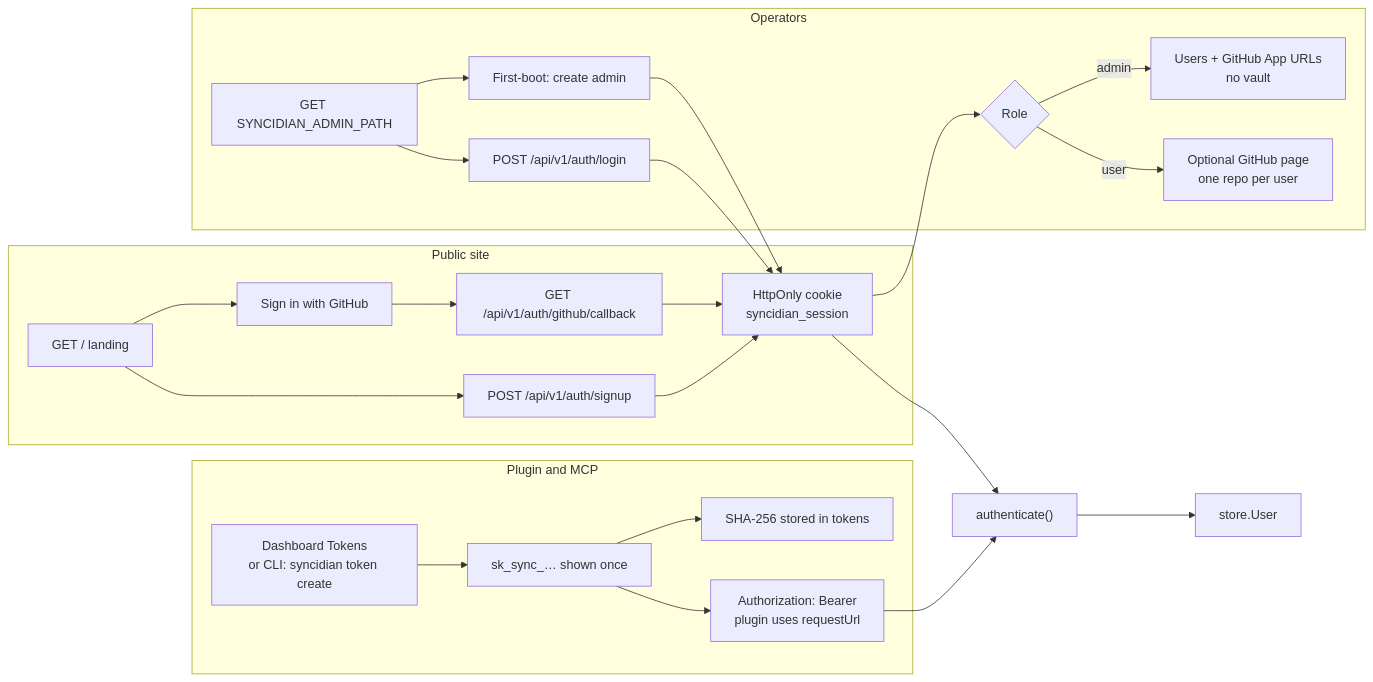
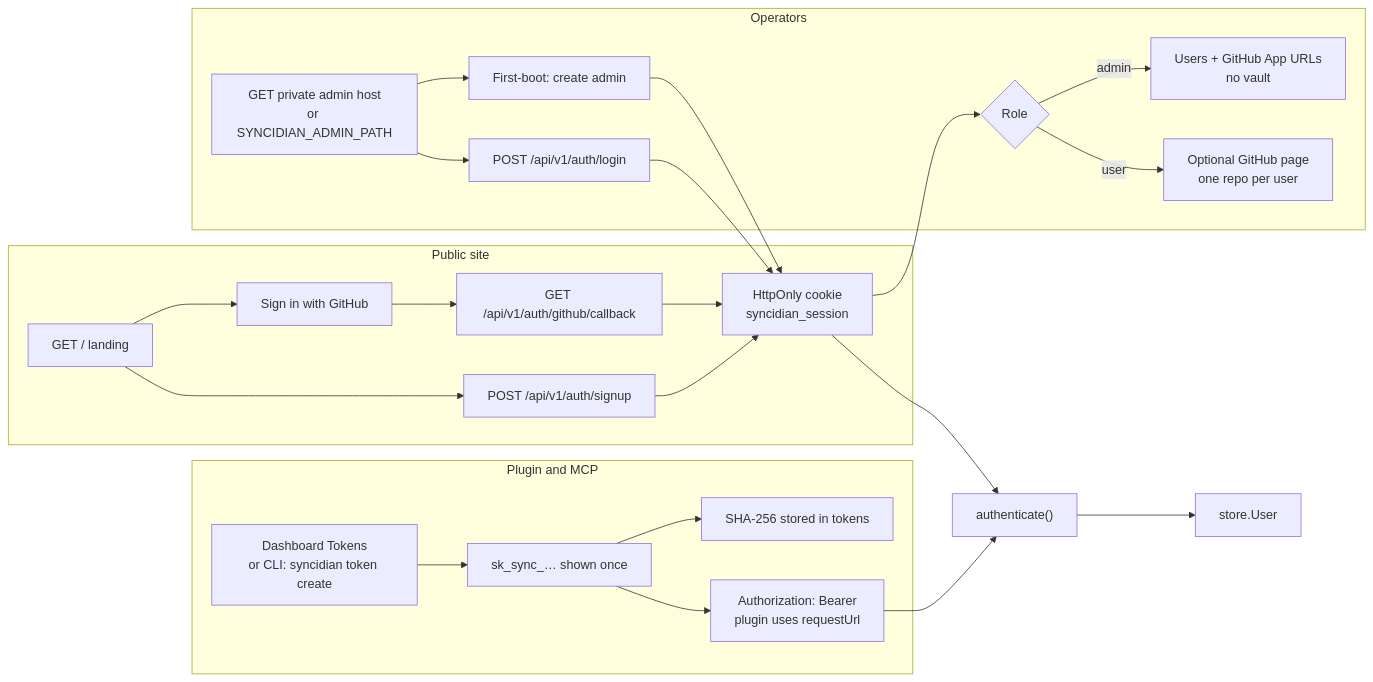
The ninth of 13 diagrams in docs/architecture.md (shangeethsivan/Syncidian), drawn with Mermaid before and after one commit. The commit also changed other lines of this file and 19 other files, not shown here.

First line of the commit message:
Hide admin.syncidian.com on Tailscale and stop binding 0.0.0.0.

````diff
--- a/docs/architecture.md
+++ b/docs/architecture.md
@@ -320,30 +320,30 @@
 ```mermaid
 flowchart LR
   subgraph site [Public site]
     Land["GET / landing"] --> GitHub["Sign in with GitHub"]
     Land --> Email["POST /api/v1/auth/signup"]
     GitHub --> Callback["GET /api/v1/auth/github/callback"]
     Callback --> Cookie["HttpOnly cookie<br/>syncidian_session"]
     Email --> Cookie
   end
 
   subgraph admin [Operators]
-    AdminUI["GET SYNCIDIAN_ADMIN_PATH"] --> Setup["First-boot: create admin"]
+    AdminUI["GET private admin host<br/>or SYNCIDIAN_ADMIN_PATH"] --> Setup["First-boot: create admin"]
     AdminUI --> Login["POST /api/v1/auth/login"]
     Setup --> Cookie
     Login --> Cookie
     Cookie --> Split{"Role"}
     Split -->|"admin"| UsersOnly["Users + GitHub App URLs<br/>no vault"]
     Split -->|"user"| VaultUI["Optional GitHub page<br/>one repo per user"]
   end
 
   subgraph pluginAuth [Plugin and MCP]
     Tokens["Dashboard Tokens<br/>or CLI: syncidian token create"] --> Raw["sk_sync_… shown once"]
     Raw --> Hash["SHA-256 stored in tokens"]
     Raw --> Header["Authorization: Bearer<br/>plugin uses requestUrl"]
   end
 
   Cookie --> Authed["authenticate()"]
   Header --> Authed
   Authed --> User["store.User"]
 ```
````
